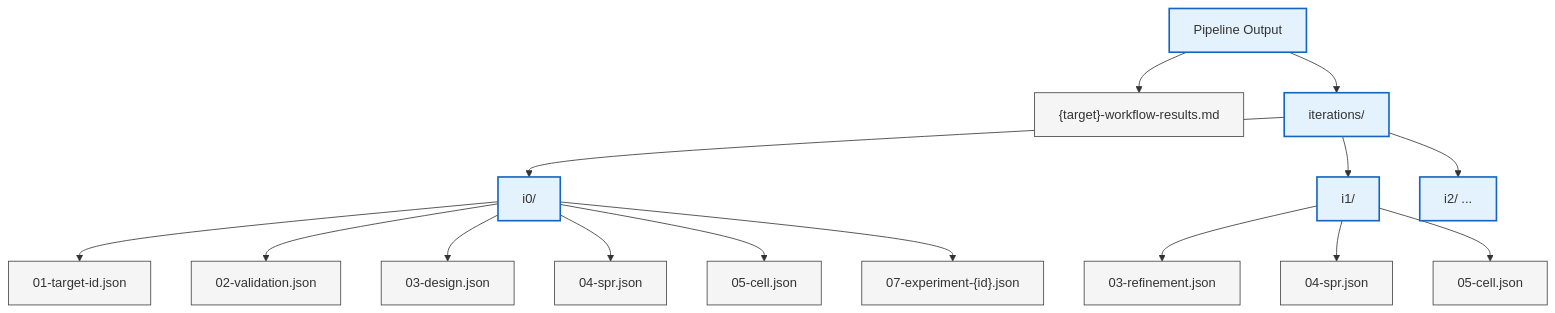
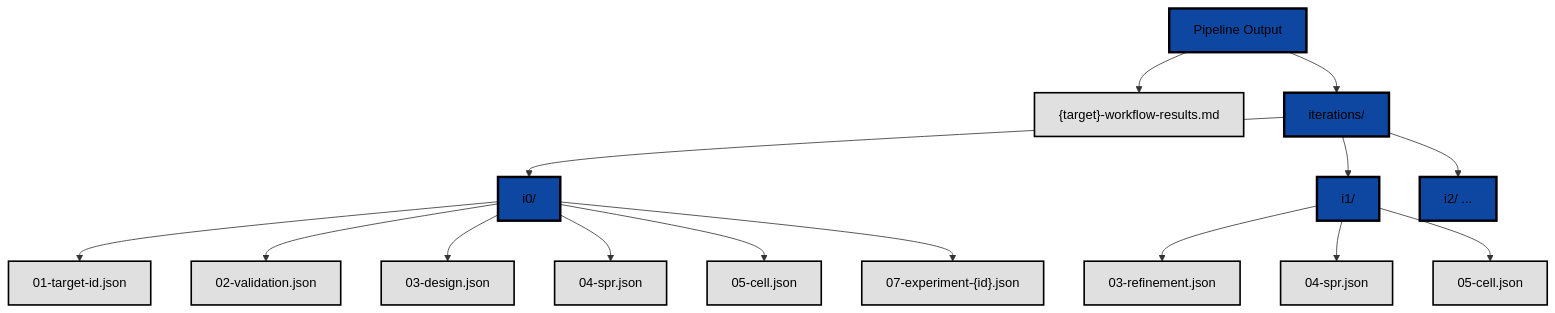
Before and after one commit to peterydkim/drug-discovery-bispecific-agents: the third of 3 diagrams in README.md, drawn with Mermaid. The commit also changed other lines of this file, not shown here.

Commit message:
Update Mermaid colors: darker fills, black text throughout

````diff
--- a/README.md
+++ b/README.md
@@ -126,24 +126,22 @@
 ```mermaid
-flowchart TD
-    A["Pipeline Output"] --> B["{target}-workflow-results.md"]
-    A --> C["iterations/"]
-    C --> D["i0/"]
-    C --> E["i1/"]
-    C --> F["i2/ ..."]
-    D --> G["01-target-id.json"]
-    D --> H["02-validation.json"]
-    D --> I["03-design.json"]
-    D --> J["04-spr.json"]
-    D --> K["05-cell.json"]
-    E --> L["03-refinement.json"]
-    E --> M["04-spr.json"]
-    E --> N["05-cell.json"]
-    D --> O["07-experiment-{id}.json"]
+graph TD
+    ROOT["Pipeline Output"] --> FINAL["{target}-workflow-results.md"]
+    ROOT --> ITER["iterations/"]
+    ITER --> I0["i0/"]
+    ITER --> I1["i1/"]
+    ITER --> I2["i2/ ..."]
+    I0 --> F1["01-target-id.json"]
+    I0 --> F2["02-validation.json"]
+    I0 --> F3["03-design.json"]
+    I0 --> F4["04-spr.json"]
+    I0 --> F5["05-cell.json"]
+    I0 --> F6["07-experiment-{id}.json"]
+    I1 --> R1["03-refinement.json"]
+    I1 --> R2["04-spr.json"]
+    I1 --> R3["05-cell.json"]
 
-    classDef file fill:#f5f5f5,stroke:#424242,stroke-width:1px
-    classDef dir fill:#e3f2fd,stroke:#1565c0,stroke-width:2px
-    class A dir
-    class B file
-    class C,D,E,F dir
-    class G,H,I,J,K,L,M,N,O file
+    classDef dir fill:#0D47A1,stroke:#000000,stroke-width:3px,color:#000000
+    classDef file fill:#E0E0E0,stroke:#000000,stroke-width:2px,color:#000000
+    class ROOT,ITER,I0,I1,I2 dir
+    class FINAL,F1,F2,F3,F4,F5,F6,R1,R2,R3 file
 ```
````
